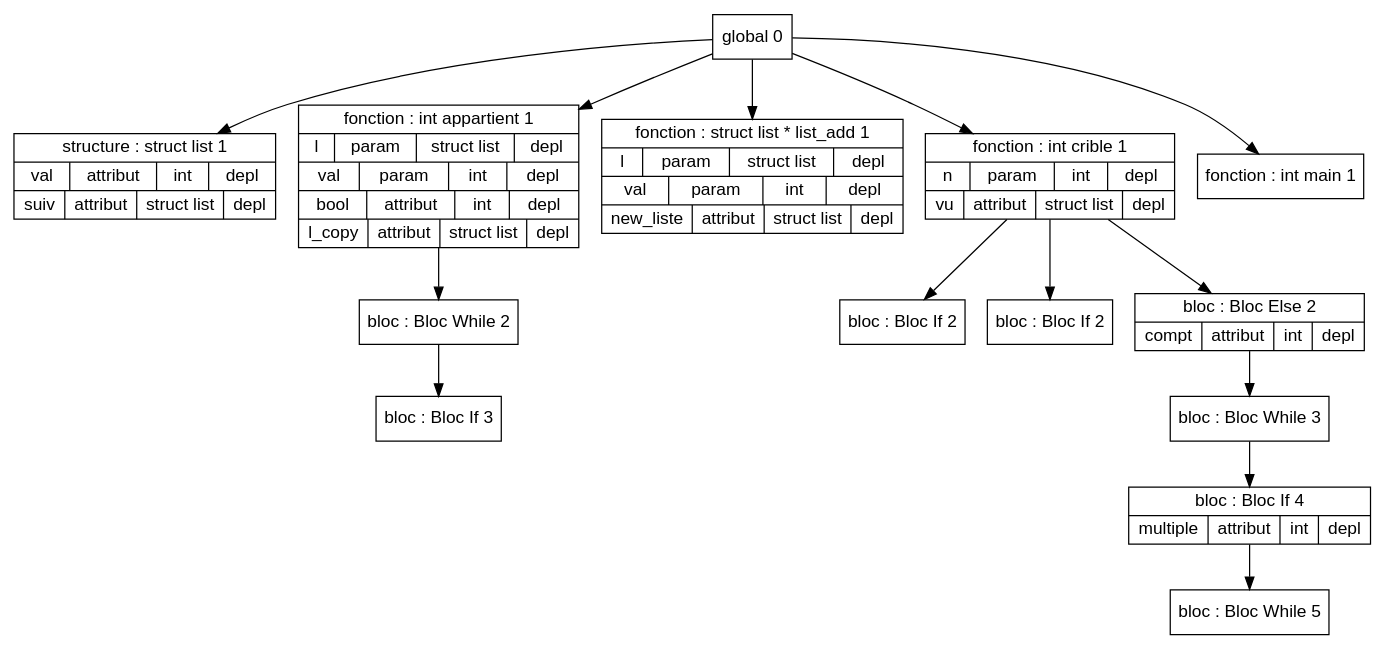
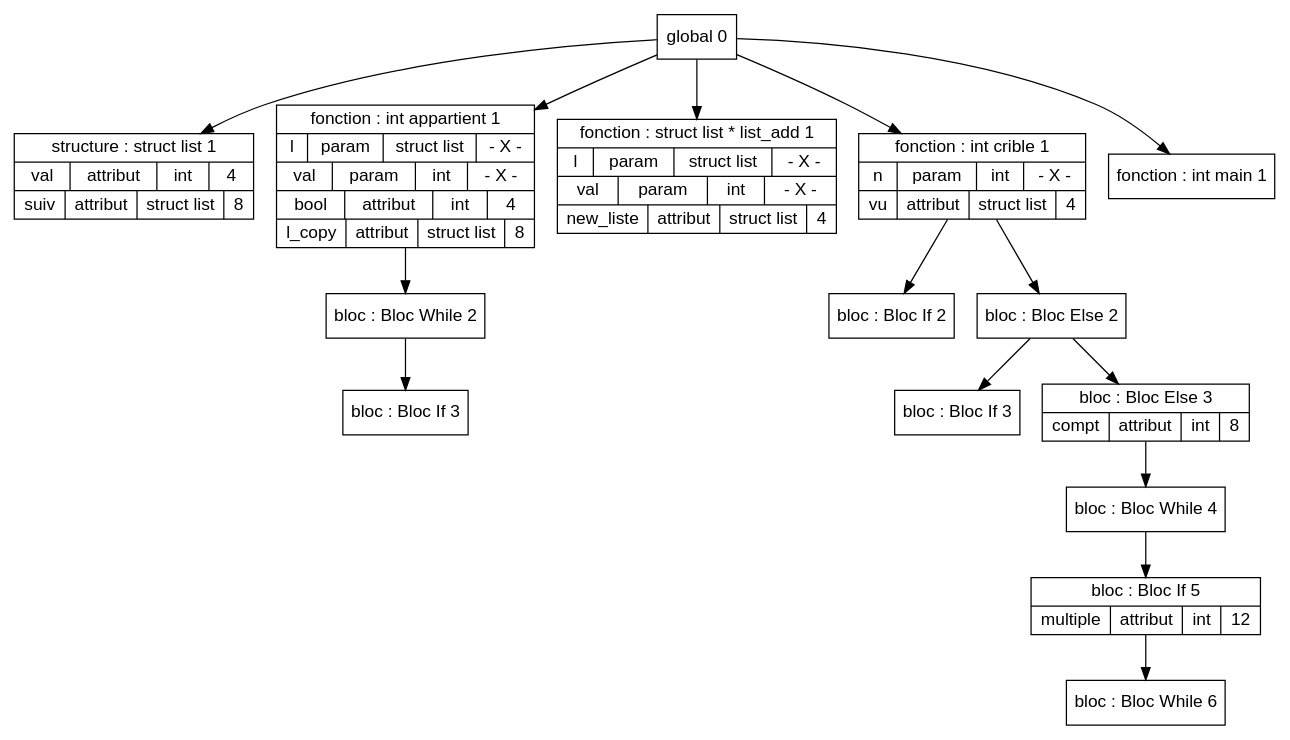
One commit to Hamza-ABDOULHOUSSEN/compil changed the diagram in Code/out/tds/dot/Test_Semantique/crible.dot. Above: the diagram before and after it, drawn with Graphviz. The commit also changed 46 other files, not shown here.

```diff
--- a/Code/out/tds/dot/Test_Semantique/crible.dot
+++ b/Code/out/tds/dot/Test_Semantique/crible.dot
@@ -1,74 +1,78 @@
 digraph "tds"{
 
 	node [fontname="Arial"];
 
 	N1 [shape=record label="{ structure : struct list 1
-	| { val | attribut | int | depl }
-	| { suiv | attribut | struct list | depl }
+	| { val | attribut | int | 4 }
+	| { suiv | attribut | struct list | 8 }
 	}"];
 
 	N4 [shape=record label="{ bloc : Bloc If  3
 	}"];
 
 	N3 [shape=record label="{ bloc : Bloc While  2
 	}"];
 
 	N2 [shape=record label="{ fonction : int appartient 1
-	| { l | param | struct list | depl }
-	| { val | param | int | depl }
-	| { bool | attribut | int | depl }
-	| { l_copy | attribut | struct list | depl }
+	| { l | param | struct list | - X - }
+	| { val | param | int | - X - }
+	| { bool | attribut | int | 4 }
+	| { l_copy | attribut | struct list | 8 }
 	}"];
 
 	N5 [shape=record label="{ fonction : struct list * list_add 1
-	| { l | param | struct list | depl }
-	| { val | param | int | depl }
-	| { new_liste | attribut | struct list | depl }
+	| { l | param | struct list | - X - }
+	| { val | param | int | - X - }
+	| { new_liste | attribut | struct list | 4 }
 	}"];
 
 	N7 [shape=record label="{ bloc : Bloc If  2
 	}"];
 
-	N8 [shape=record label="{ bloc : Bloc If  2
+	N9 [shape=record label="{ bloc : Bloc If  3
 	}"];
 
-	N12 [shape=record label="{ bloc : Bloc While  5
+	N13 [shape=record label="{ bloc : Bloc While  6
 	}"];
 
-	N11 [shape=record label="{ bloc : Bloc If  4
-	| { multiple | attribut | int | depl }
+	N12 [shape=record label="{ bloc : Bloc If  5
+	| { multiple | attribut | int | 12 }
 	}"];
 
-	N10 [shape=record label="{ bloc : Bloc While  3
+	N11 [shape=record label="{ bloc : Bloc While  4
 	}"];
 
-	N9 [shape=record label="{ bloc : Bloc Else  2
-	| { compt | attribut | int | depl }
+	N10 [shape=record label="{ bloc : Bloc Else  3
+	| { compt | attribut | int | 8 }
+	}"];
+
+	N8 [shape=record label="{ bloc : Bloc Else  2
 	}"];
 
 	N6 [shape=record label="{ fonction : int crible 1
-	| { n | param | int | depl }
-	| { vu | attribut | struct list | depl }
+	| { n | param | int | - X - }
+	| { vu | attribut | struct list | 4 }
 	}"];
 
-	N13 [shape=record label="{ fonction : int main 1
+	N14 [shape=record label="{ fonction : int main 1
 	}"];
 
 	N0 [shape=record label="{ global 0
 	}"];
 
 
 	N0 -> N1; 
 	N0 -> N2; 
 	N2 -> N3; 
 	N3 -> N4; 
 	N0 -> N5; 
 	N0 -> N6; 
 	N6 -> N7; 
 	N6 -> N8; 
-	N6 -> N9; 
-	N9 -> N10; 
+	N8 -> N9; 
+	N8 -> N10; 
 	N10 -> N11; 
 	N11 -> N12; 
-	N0 -> N13; 
+	N12 -> N13; 
+	N0 -> N14; 
 }
```
